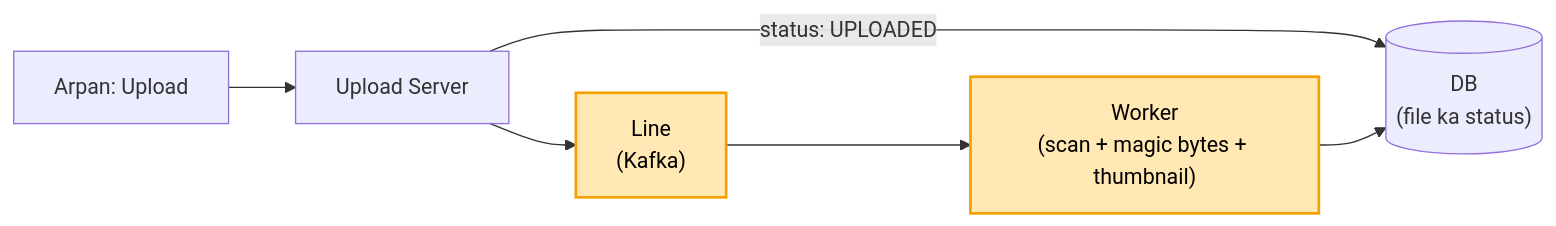
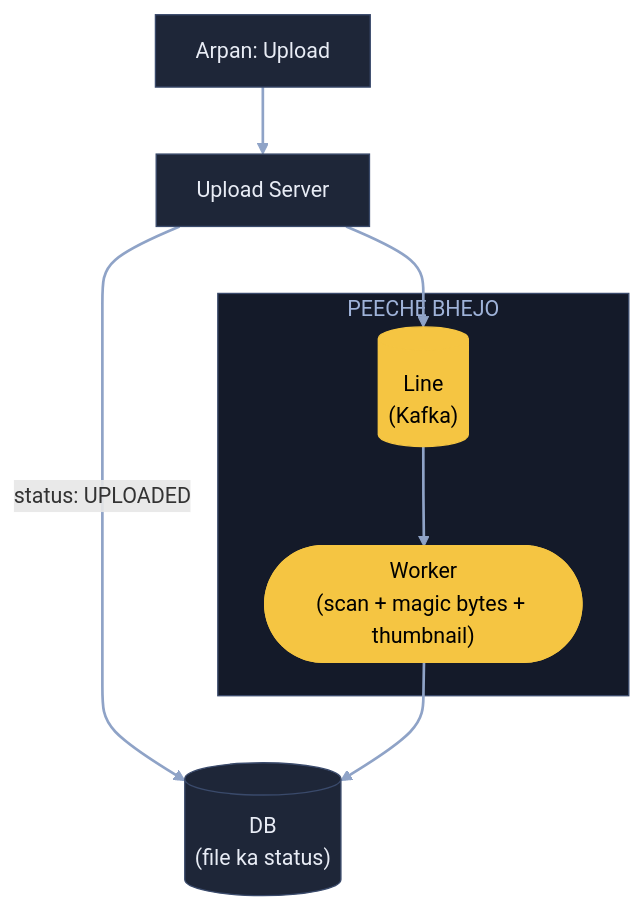
One commit to ArpanMaheshwari144/Prep changed the first of 8 diagrams in 04_HLD/SYSTEM_DESIGNS/07_file_upload_validate_system/07_file_upload.md. Above: the diagram before and after it, drawn with Mermaid. The commit also changed other lines of this file, not shown here.

Commit message:
File upload: 8 diagram YouTube (reel) wale card andaaz me

````diff
--- a/04_HLD/SYSTEM_DESIGNS/07_file_upload_validate_system/07_file_upload.md
+++ b/04_HLD/SYSTEM_DESIGNS/07_file_upload_validate_system/07_file_upload.md
@@ -55,10 +55,21 @@
 ```mermaid
-flowchart LR
-    A["Arpan: Upload"] --> U["Upload Server"]
-    U -- "status: UPLOADED" --> DB[("DB<br/>(file ka status)")]
-    U --> K["Line<br/>(Kafka)"]
-    K --> W["Worker<br/>(scan + magic bytes + thumbnail)"]
+flowchart TB
+    A["Arpan: Upload"]:::card
+    U["Upload Server"]:::card
+    DB[("DB<br/>(file ka status)")]:::card
+    subgraph PB["PEECHE BHEJO"]
+        K[("Line<br/>(Kafka)")]:::pill
+        W(["Worker<br/>(scan + magic bytes + thumbnail)"]):::pill
+    end
+    A --> U
+    U -- "status: UPLOADED" --> DB
+    U --> K
+    K --> W
     W --> DB
-    style K fill:#ffe8b3,stroke:#f59f00,stroke-width:2px,color:#000
-    style W fill:#ffe8b3,stroke:#f59f00,stroke-width:2px,color:#000
+    linkStyle default stroke:#8fa3c7,stroke-width:2px
+    classDef card fill:#1e2638,stroke:#3a4a6b,color:#e8ecf5
+    classDef pill fill:#f5c542,stroke:#f5c542,color:#000
+    classDef good fill:#2e7d4f,stroke:#3fbf6f,color:#fff
+    classDef bad fill:#5c1f24,stroke:#e05561,color:#fff
+    style PB fill:#141a29,stroke:#3a4a6b,color:#9fb3d9
 ```
````
